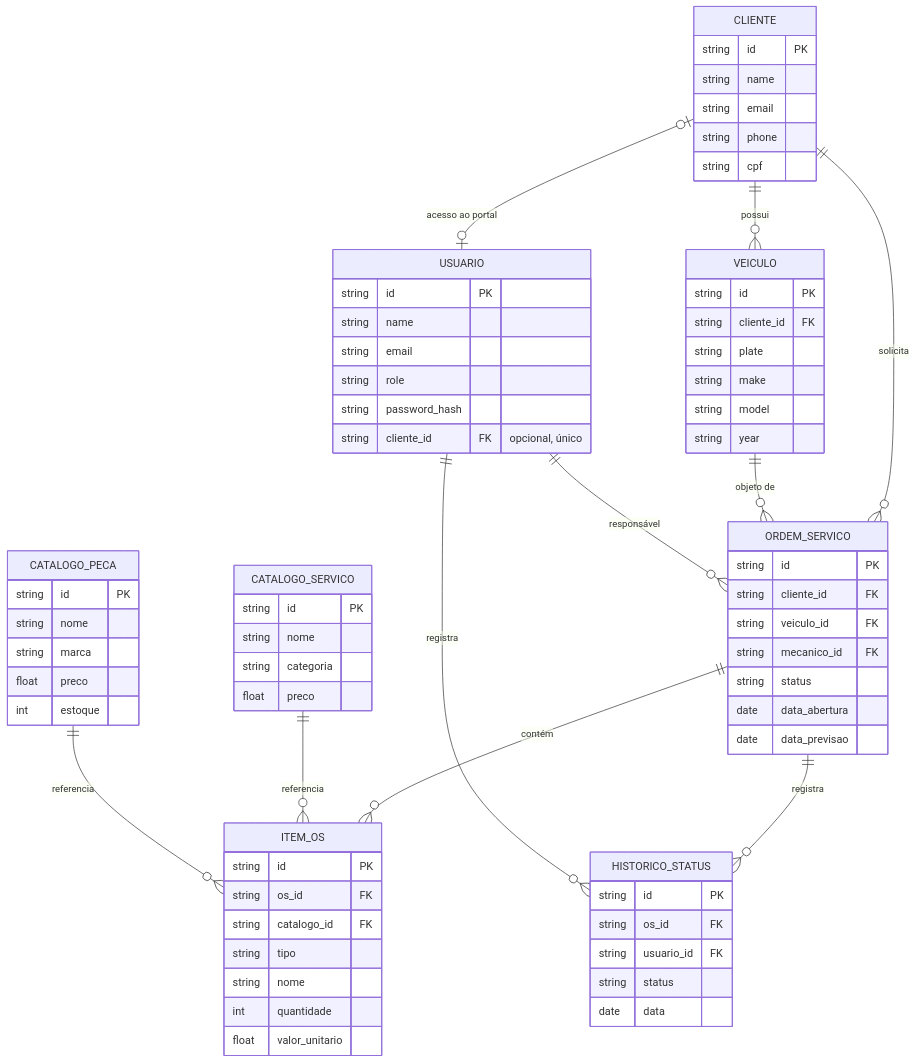
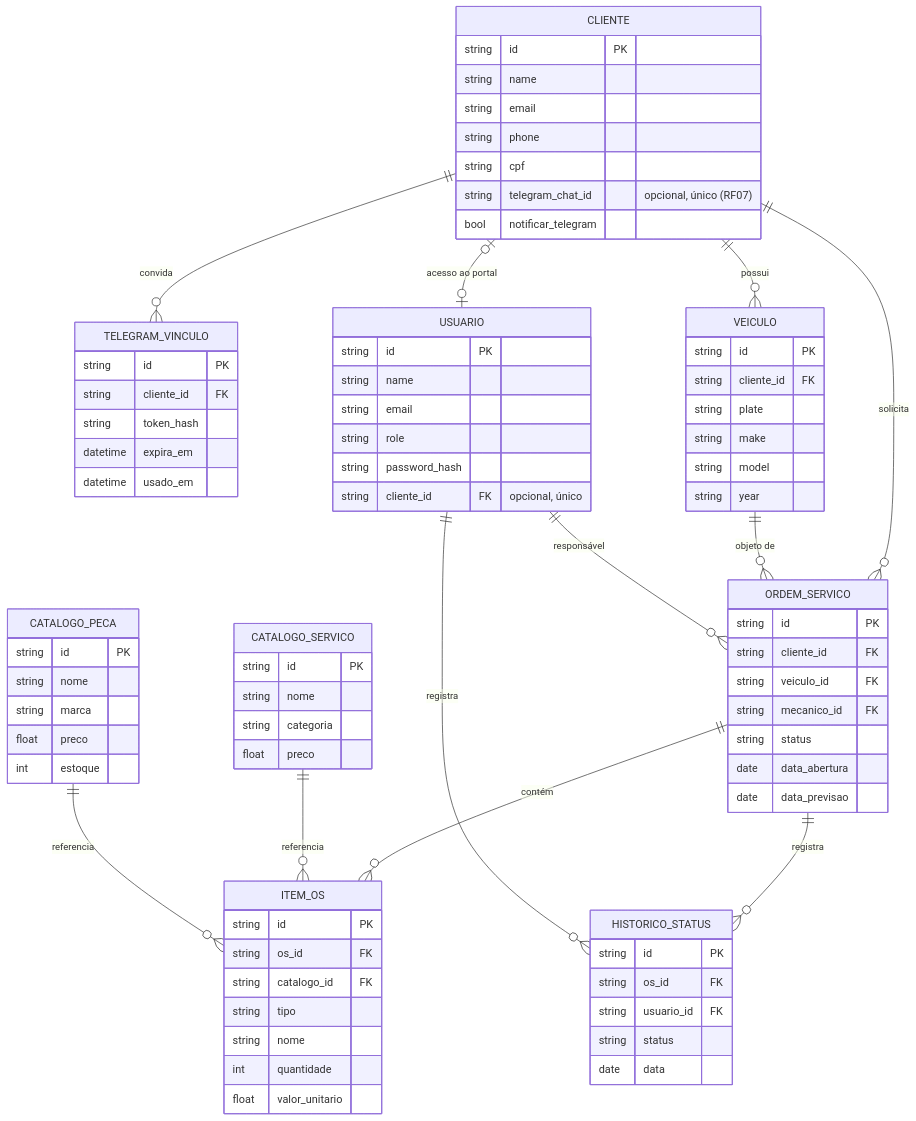
Before and after one commit to miguettohuertas/torque-gestao: the diagram in docs/diagramas/modelo-er.md, drawn with Mermaid. The commit also changed other lines of this file and 22 other files, not shown here.

```diff
--- a/docs/diagramas/modelo-er.md
+++ b/docs/diagramas/modelo-er.md
@@ -10,6 +10,16 @@
         string email
         string phone
         string cpf
+        string telegram_chat_id "opcional, único (RF07)"
+        bool   notificar_telegram
+    }
+
+    TELEGRAM_VINCULO {
+        string   id         PK
+        string   cliente_id FK
+        string   token_hash
+        datetime expira_em
+        datetime usado_em
     }
 
     VEICULO {
@@ -74,6 +84,7 @@
     }
 
     CLIENTE          o|--o| USUARIO          : "acesso ao portal"
+    CLIENTE          ||--o{ TELEGRAM_VINCULO : "convida"
     CLIENTE          ||--o{ VEICULO          : "possui"
     CLIENTE          ||--o{ ORDEM_SERVICO    : "solicita"
     VEICULO          ||--o{ ORDEM_SERVICO    : "objeto de"
```
